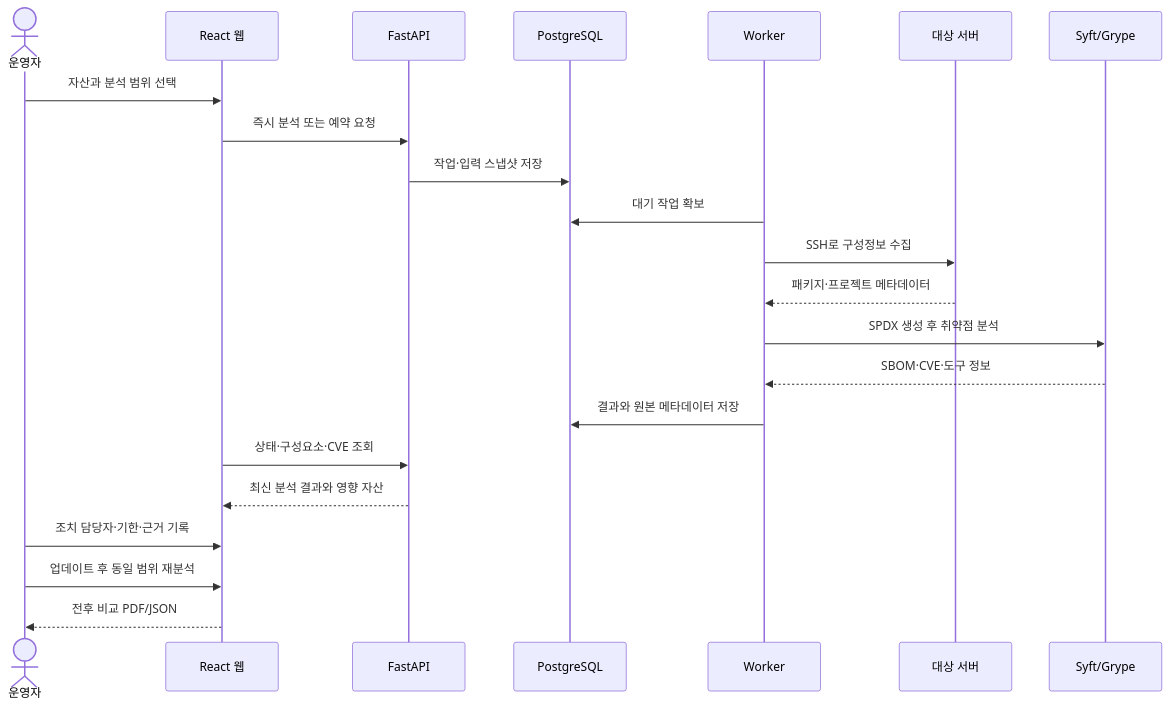
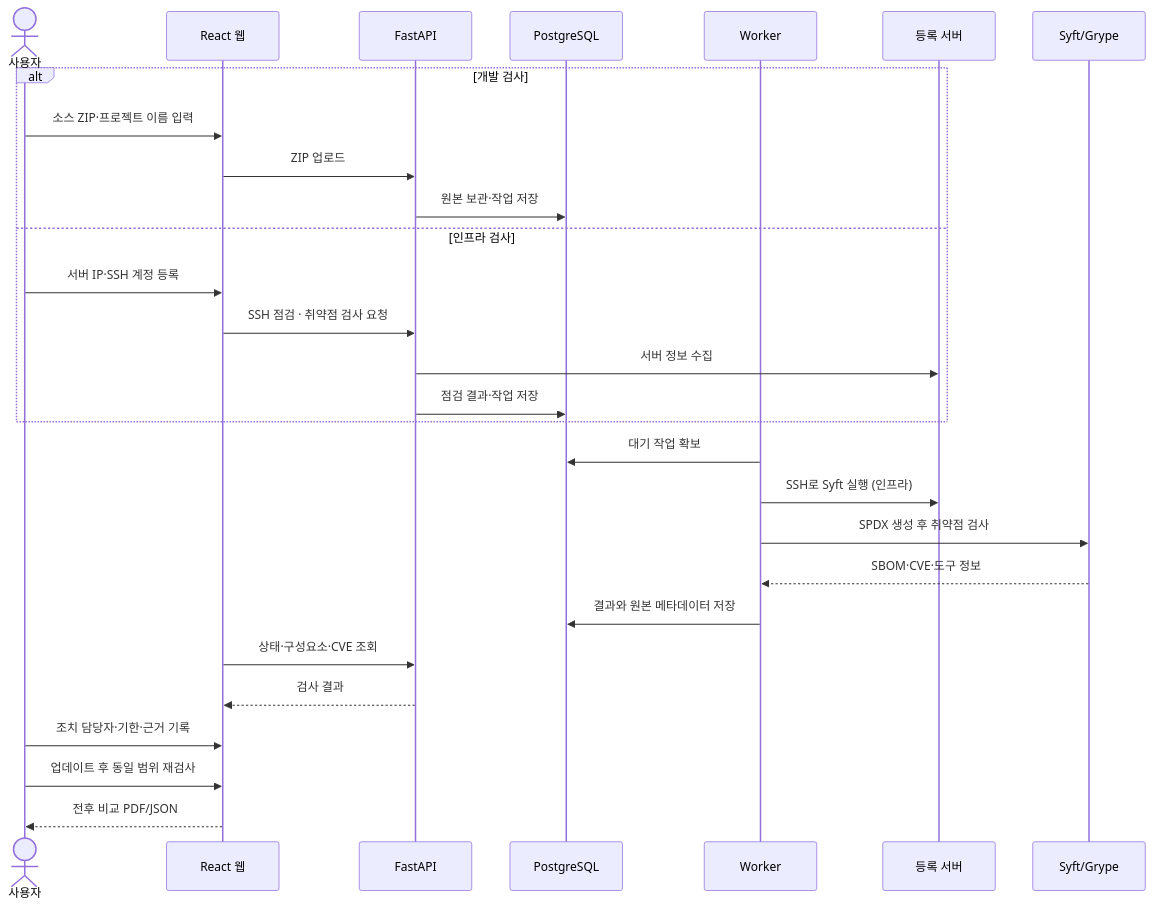
One commit to adieud99/eolwatch changed the second of 2 diagrams in docs/PROJECT_CONFIGURATION_AND_ROADMAP.md. Above: the diagram before and after it, drawn with Mermaid. The commit also changed other lines of this file and 26 other files, not shown here.

````diff
--- a/docs/PROJECT_CONFIGURATION_AND_ROADMAP.md
+++ b/docs/PROJECT_CONFIGURATION_AND_ROADMAP.md
@@ -133,25 +111,31 @@
 ```mermaid
 sequenceDiagram
-    actor Operator as 운영자
+    actor Operator as 사용자
     participant Web as React 웹
     participant API as FastAPI
     participant DB as PostgreSQL
     participant Worker as Worker
-    participant Target as 대상 서버
+    participant Target as 등록 서버
     participant Scanner as Syft/Grype
 
-    Operator->>Web: 자산과 분석 범위 선택
-    Web->>API: 즉시 분석 또는 예약 요청
-    API->>DB: 작업·입력 스냅샷 저장
+    alt 개발 검사
+        Operator->>Web: 소스 ZIP·프로젝트 이름 입력
+        Web->>API: ZIP 업로드
+        API->>DB: 원본 보관·작업 저장
+    else 인프라 검사
+        Operator->>Web: 서버 IP·SSH 계정 등록
+        Web->>API: SSH 점검 · 취약점 검사 요청
+        API->>Target: 서버 정보 수집
+        API->>DB: 점검 결과·작업 저장
+    end
     Worker->>DB: 대기 작업 확보
-    Worker->>Target: SSH로 구성정보 수집
-    Target-->>Worker: 패키지·프로젝트 메타데이터
-    Worker->>Scanner: SPDX 생성 후 취약점 분석
+    Worker->>Target: SSH로 Syft 실행 (인프라)
+    Worker->>Scanner: SPDX 생성 후 취약점 검사
     Scanner-->>Worker: SBOM·CVE·도구 정보
     Worker->>DB: 결과와 원본 메타데이터 저장
     Web->>API: 상태·구성요소·CVE 조회
-    API-->>Web: 최신 분석 결과와 영향 자산
+    API-->>Web: 검사 결과
     Operator->>Web: 조치 담당자·기한·근거 기록
-    Operator->>Web: 업데이트 후 동일 범위 재분석
+    Operator->>Web: 업데이트 후 동일 범위 재검사
     Web-->>Operator: 전후 비교 PDF/JSON
 ```
````
